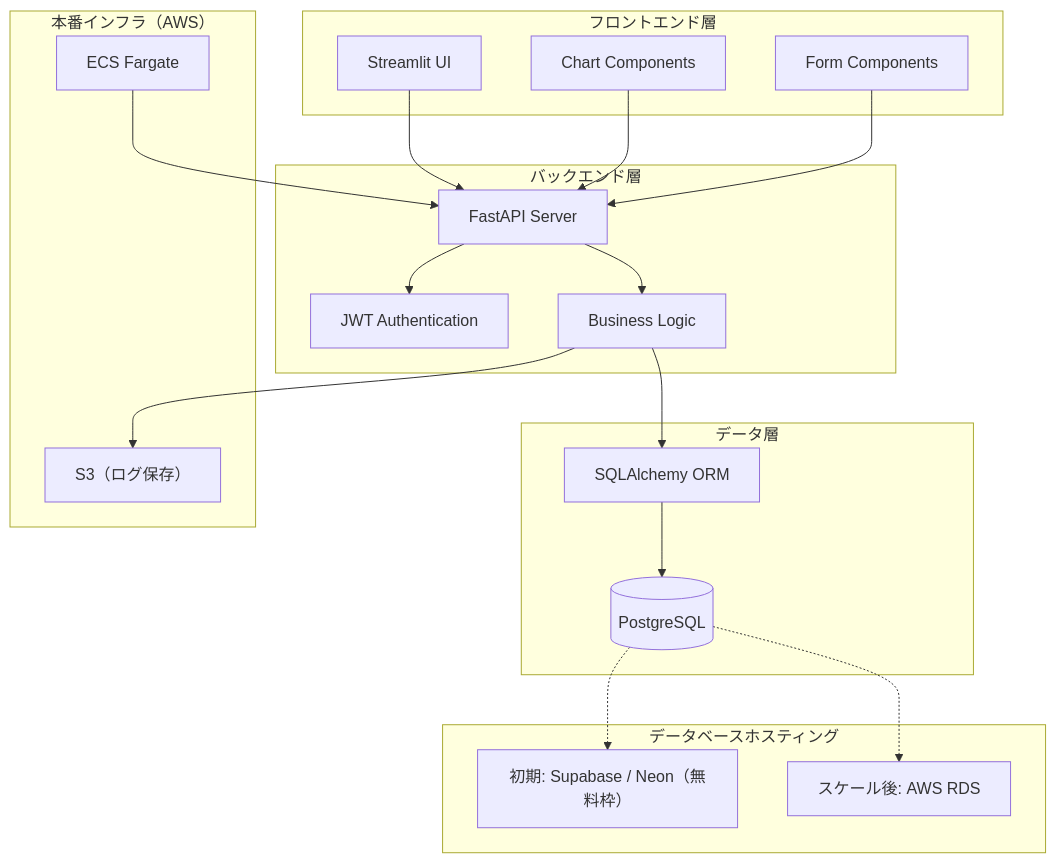
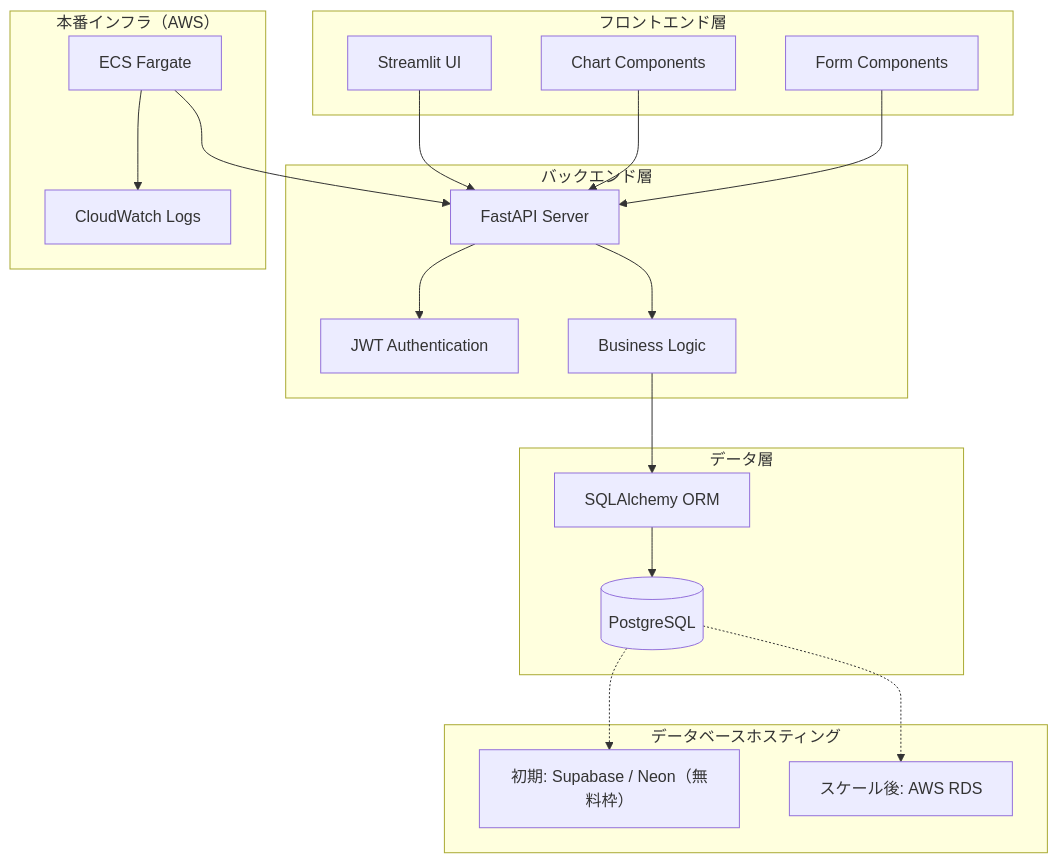
One commit to Ryumeann/subscription-manager changed the diagram in docs/design.md. Above: the diagram before and after it, drawn with Mermaid. The commit also changed other lines of this file and 2 other files, not shown here.

First line of the commit message:
docs: ログ管理方針をS3からCloudWatch Logsに変更

````diff
--- a/docs/design.md
+++ b/docs/design.md
@@ -11,41 +11,41 @@
 ```mermaid
 graph TB
     subgraph "フロントエンド層"
         UI[Streamlit UI]
         Charts[Chart Components]
         Forms[Form Components]
     end
 
     subgraph "バックエンド層"
         API[FastAPI Server]
         Auth[JWT Authentication]
         Business[Business Logic]
     end
 
     subgraph "データ層"
         ORM[SQLAlchemy ORM]
         DB[(PostgreSQL)]
     end
 
     subgraph "本番インフラ（AWS）"
         ECS[ECS Fargate]
-        S3[S3（ログ保存）]
+        CWL[CloudWatch Logs]
     end
 
     subgraph "データベースホスティング"
         DBaaS[初期: Supabase / Neon（無料枠）]
         RDS[スケール後: AWS RDS]
     end
 
     UI --> API
     Charts --> API
     Forms --> API
     API --> Auth
     API --> Business
     Business --> ORM
     ORM --> DB
     ECS --> API
-    Business --> S3
+    ECS --> CWL
     DB -.-> DBaaS
     DB -.-> RDS
 ```
````
